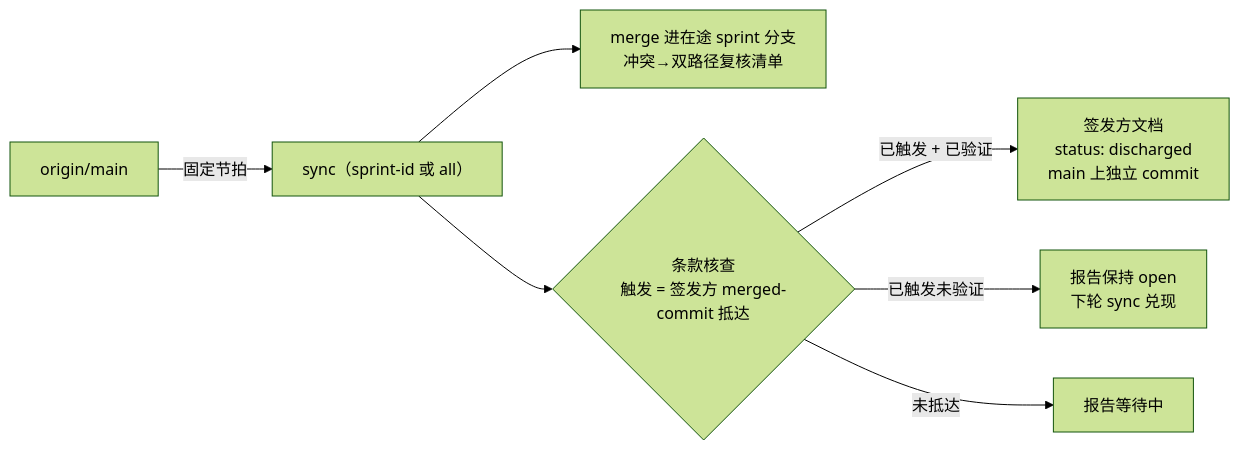
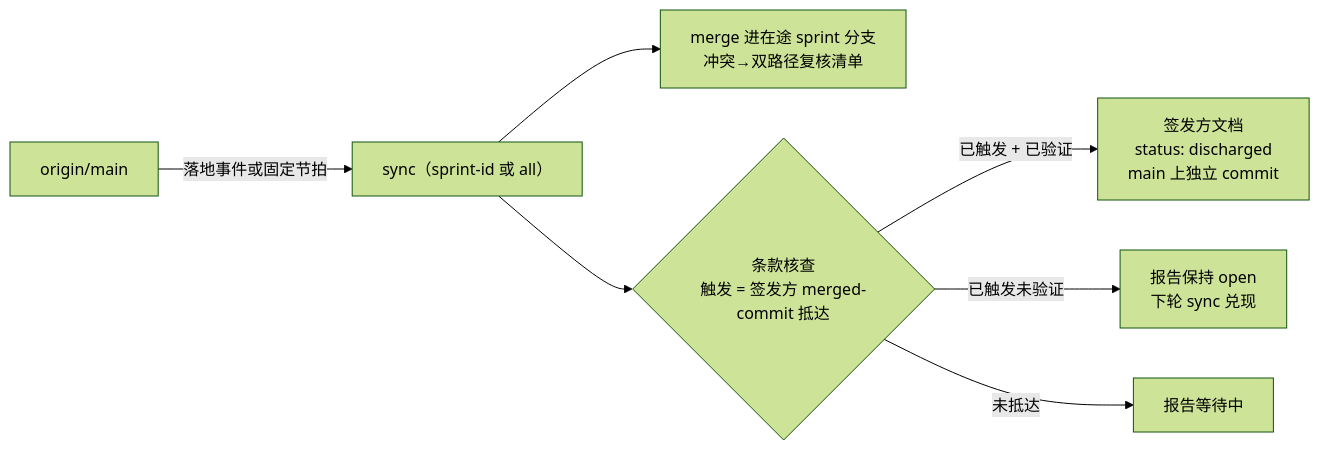
One commit to WayJ/supervibe changed the second of 2 diagrams in README.zh-CN.md. Above: the diagram before and after it, drawn with Mermaid (forest theme). The commit also changed other lines of this file and 1 other file, not shown here.

````diff
--- a/README.zh-CN.md
+++ b/README.zh-CN.md
@@ -93,9 +95,9 @@
 ```mermaid
 flowchart LR
-    O["origin/main"] -->|固定节拍| SY["sync（sprint-id 或 all）"]
+    O["origin/main"] -->|落地事件或固定节拍| SY["sync（sprint-id 或 all）"]
     SY --> C1["merge 进在途 sprint 分支<br/>冲突→双路径复核清单"]
     SY --> C2{"条款核查<br/>触发 = 签发方 merged-commit 抵达"}
     C2 -->|已触发 + 已验证| C3["签发方文档<br/>status: discharged<br/>main 上独立 commit"]
     C2 -->|已触发未验证| C4["报告保持 open<br/>下轮 sync 兑现"]
     C2 -->|未抵达| C5["报告等待中"]
 ```
````
